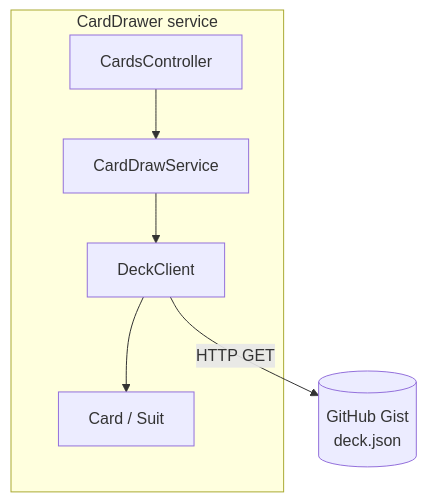
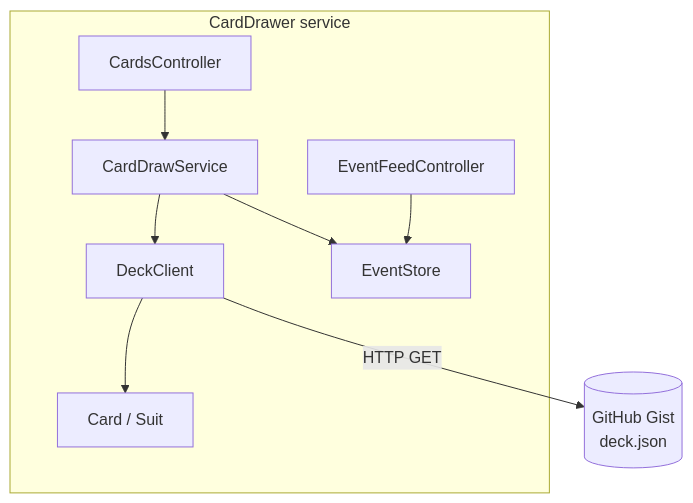
Before and after one commit to anit3k/diplom-storesys-card-drawer: the second of 2 diagrams in README.md, drawn with Mermaid. The commit also changed other lines of this file and 6 other files, not shown here.

Commit message:
Added event controller and update readme, postmancollection to include eventstore

````diff
--- a/README.md
+++ b/README.md
@@ -111,15 +140,19 @@
 ```mermaid
 flowchart TB
-  subgraph CardDrawer service
-    Controller[CardsController]
-    AppService[CardDrawService]
-    Client[DeckClient]
-    Domain[Card / Suit]
-  end
-  Gist[(GitHub Gist<br/>deck.json)]
+    subgraph CardDrawer service
+        Controller[CardsController]
+        EventController[EventFeedController]
+        AppService[CardDrawService]
+        Client[DeckClient]
+        Store[EventStore]
+        Domain[Card / Suit]
+    end
+    Gist[(GitHub Gist<br/>deck.json)]
 
-  Controller --> AppService
-  AppService --> Client
-  Client --> Domain
-  Client -- HTTP GET --> Gist
+    Controller --> AppService
+    AppService --> Client
+    AppService --> Store
+    EventController --> Store
+    Client --> Domain
+    Client -- HTTP GET --> Gist
 ```
````
